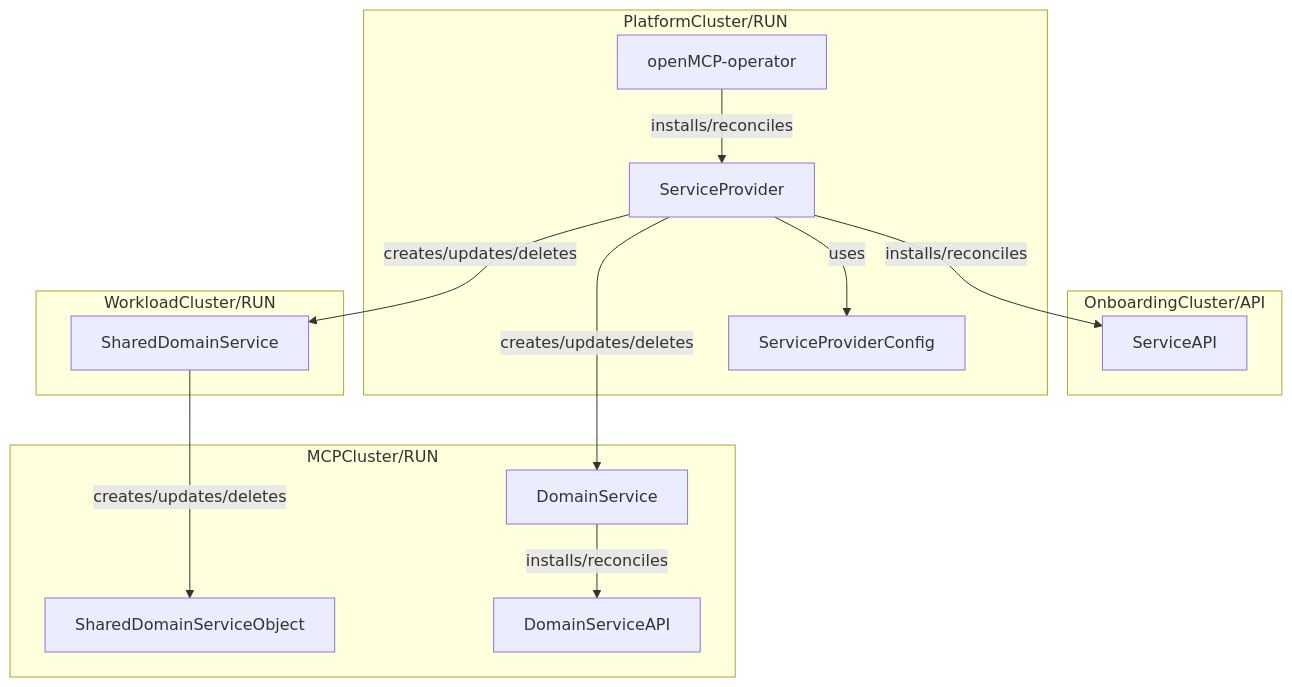
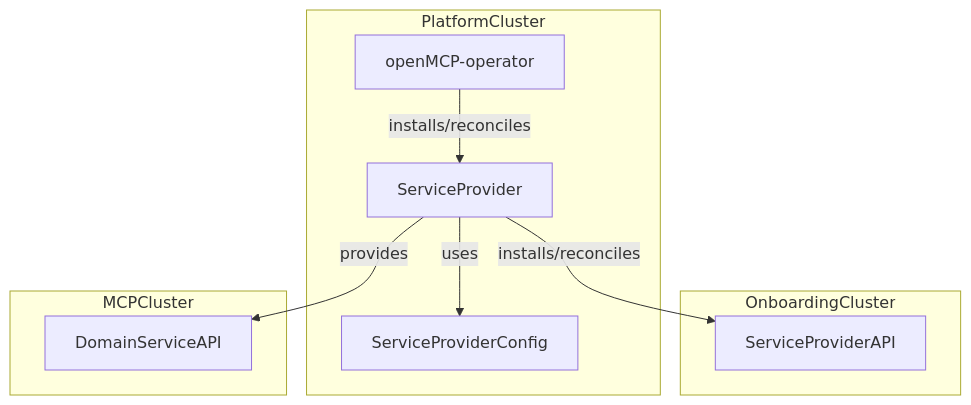
One commit to openmcp-project/docs changed the fourth of 6 diagrams in docs/about/design/service-provider-design.md. Above: the diagram before and after it, drawn with Mermaid. The commit also changed other lines of this file, not shown here.

````diff
--- a/docs/about/design/service-provider-design.md
+++ b/docs/about/design/service-provider-design.md
@@ -18,35 +88,25 @@
 ```mermaid
 graph TD
     %% Onboarding Cluster
-    subgraph OnboardingCluster/API
-        SAPI[ServiceAPI]
+    subgraph OnboardingCluster
+        SPAPI[ServiceProviderAPI]
     end
 
     %% Platform Cluster
-    subgraph PlatformCluster/RUN
+    subgraph PlatformCluster
         SPO[openMCP-operator]
         SP[ServiceProvider]
         SPC[ServiceProviderConfig]
     end
 
     %% MCP Cluster
-    subgraph MCPCluster/RUN
-        DS[DomainService]
+    subgraph MCPCluster
         DSAPI[DomainServiceAPI]
-        SDSObject[SharedDomainServiceObject]
-    end
-
-    %% WorkloadCluster
-    subgraph WorkloadCluster/RUN
-        SDS[SharedDomainService]
     end
 
     %% edges
-    SP -->|installs/reconciles|SAPI
+    SP -->|installs/reconciles|SPAPI
     SP -->|uses|SPC
-    SP -->|creates/updates/deletes|DS
-    SP -->|creates/updates/deletes|SDS
-    DS -->|installs/reconciles|DSAPI
-    SDS --->|creates/updates/deletes|SDSObject
+    SP -->|provides|DSAPI
     SPO-->|installs/reconciles|SP
 ```
````
